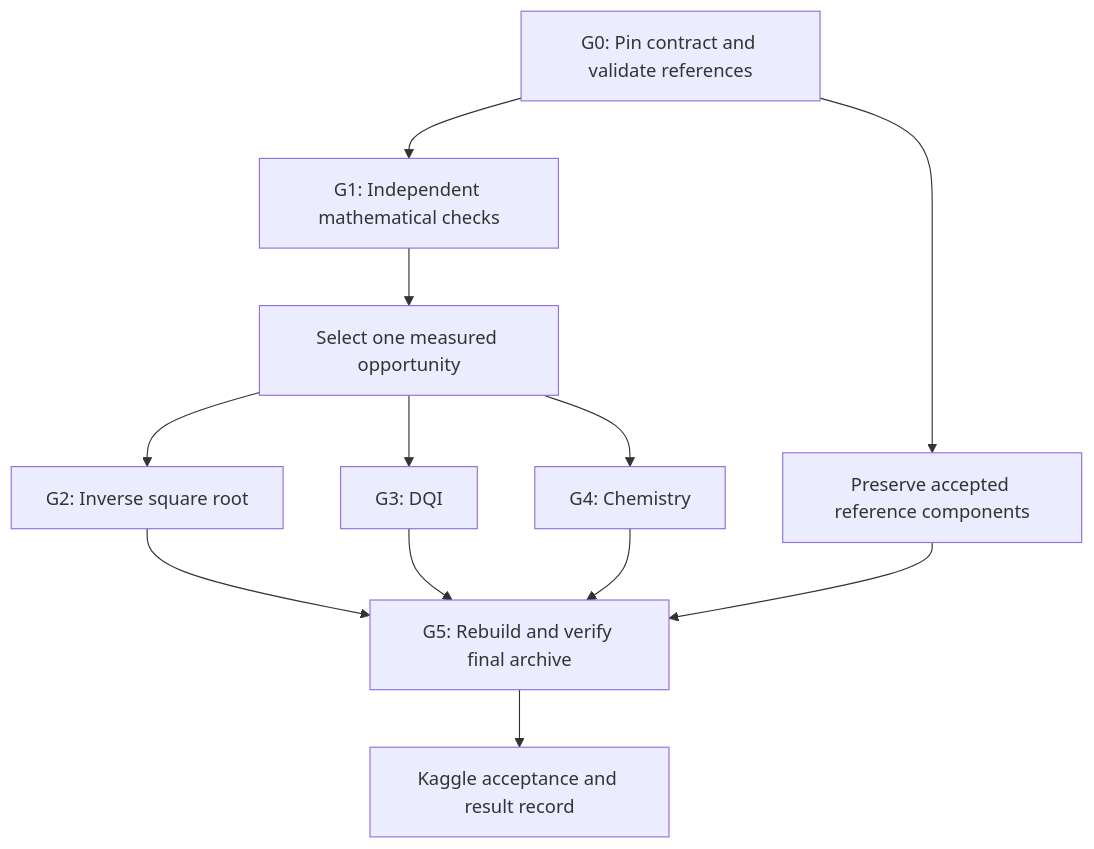
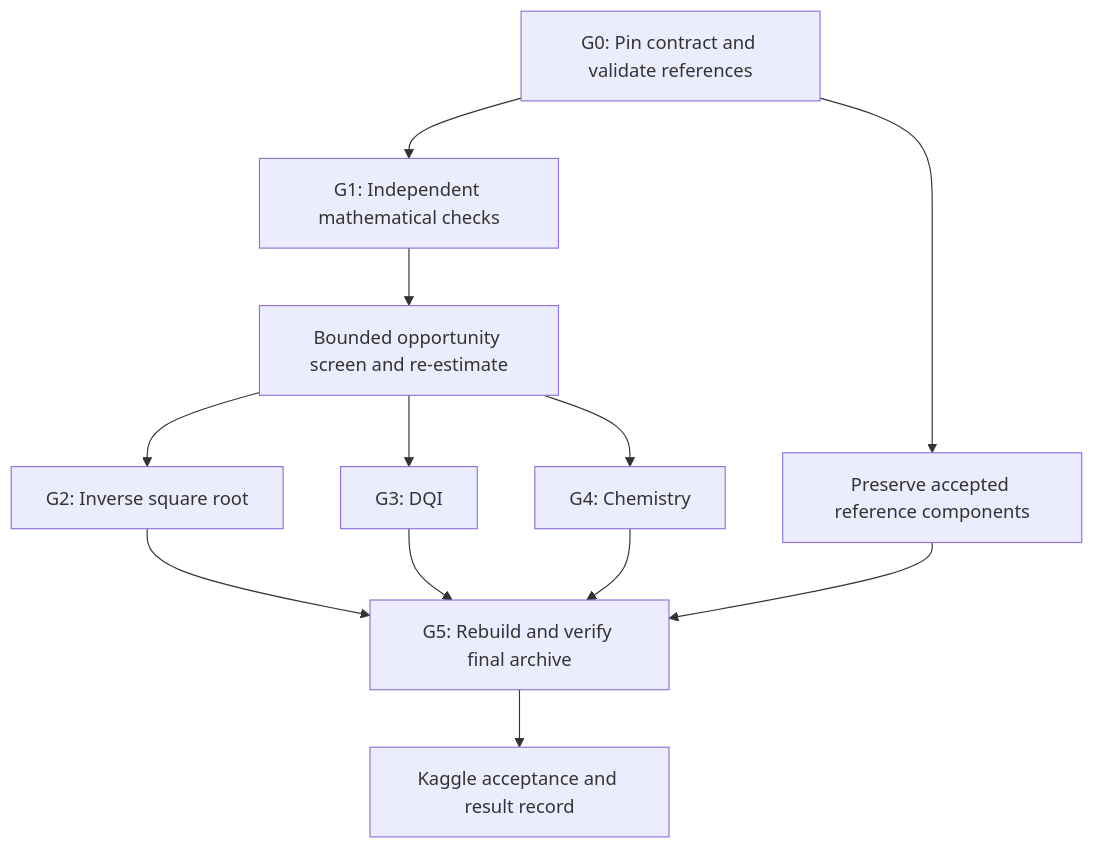
The diagram in docs/implementation-plan.md (Execotryx/quantum), drawn with Mermaid before and after one commit. The commit also changed other lines of this file, not shown here.

````diff
--- a/docs/implementation-plan.md
+++ b/docs/implementation-plan.md
@@ -37,23 +40,23 @@
 ```mermaid
 flowchart TD
     G0["G0: Pin contract and validate references"]
     G1["G1: Independent mathematical checks"]
-    PICK["Select one measured opportunity"]
+    PICK["Bounded opportunity screen and re-estimate"]
     INV["G2: Inverse square root"]
     DQI["G3: DQI"]
     CHEM["G4: Chemistry"]
     REF["Preserve accepted reference components"]
     G5["G5: Rebuild and verify final archive"]
     ACCEPT["Kaggle acceptance and result record"]
     G0 --> G1
     G0 --> REF
     G1 --> PICK
     PICK --> INV
     PICK --> DQI
     PICK --> CHEM
     INV --> G5
     DQI --> G5
     CHEM --> G5
     REF --> G5
     G5 --> ACCEPT
 ```
````
